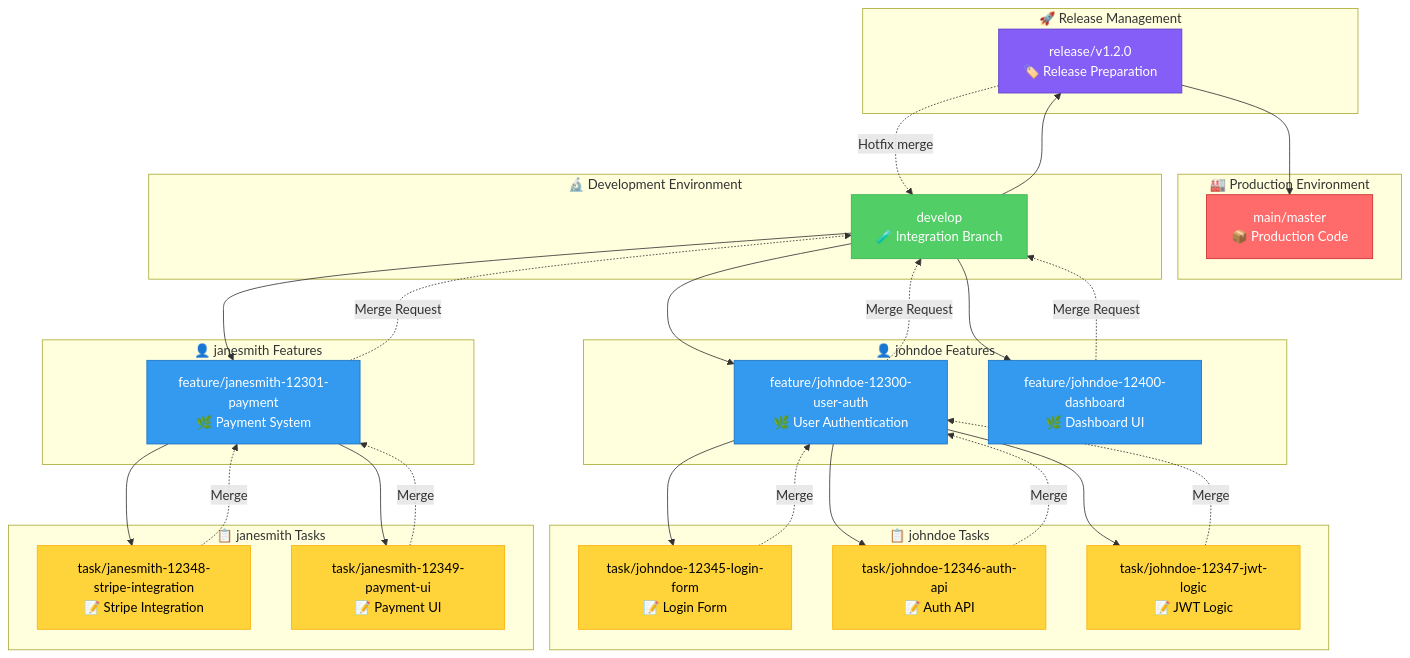
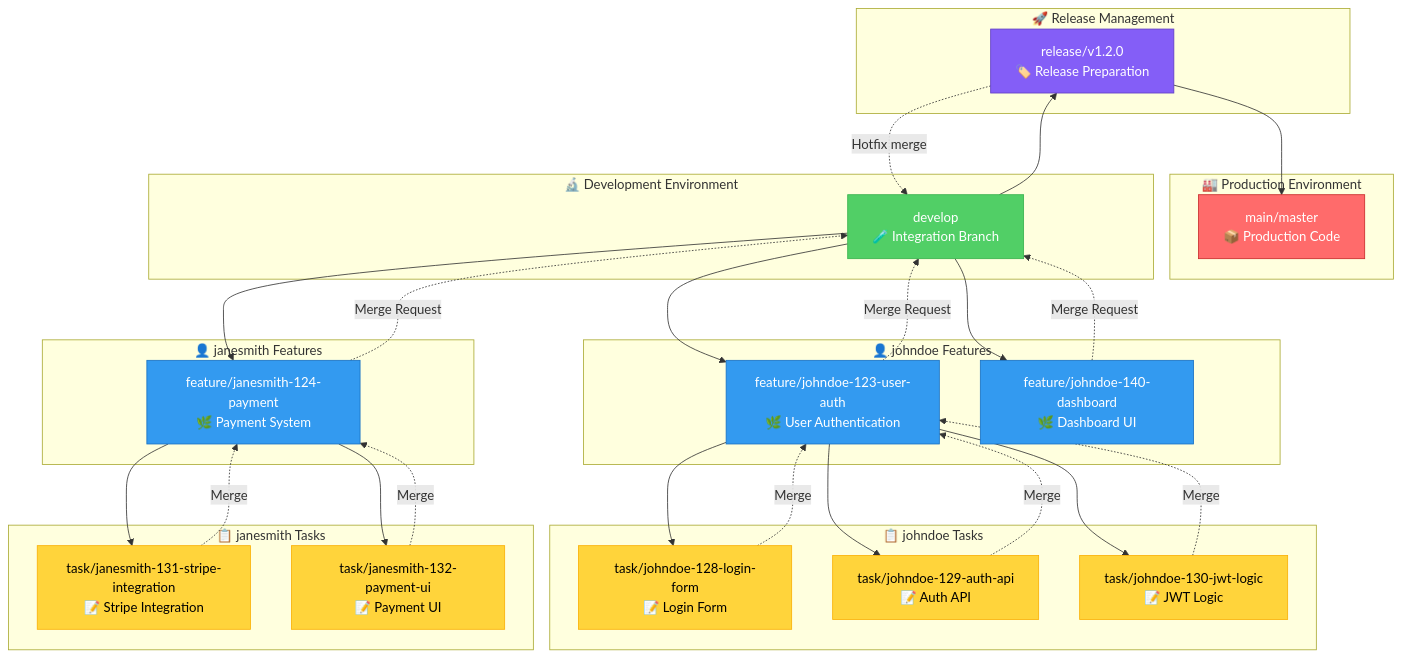
The third of 4 diagrams in docs/GitFlow.md (Marketing-Ai-Viet/mkt-crm), drawn with Mermaid before and after one commit. The commit also changed other lines of this file, not shown here.

````diff
--- a/docs/GitFlow.md
+++ b/docs/GitFlow.md
@@ -490,74 +615,74 @@
 ```mermaid
 graph TB
     subgraph "🏭 Production Environment"
         MAIN[main/master<br/>📦 Production Code]
     end
     
     subgraph "🚀 Release Management"
         REL[release/v1.2.0<br/>🏷️ Release Preparation]
     end
     
     subgraph "🔬 Development Environment"
         DEV[develop<br/>🧪 Integration Branch]
     end
     
     subgraph "👤 johndoe Features"
-        F1[feature/johndoe-12300-user-auth<br/>🌿 User Authentication]
-        F2[feature/johndoe-12400-dashboard<br/>🌿 Dashboard UI]
+        F1[feature/johndoe-123-user-auth<br/>🌿 User Authentication]
+        F2[feature/johndoe-140-dashboard<br/>🌿 Dashboard UI]
     end
     
     subgraph "👤 janesmith Features"
-        F3[feature/janesmith-12301-payment<br/>🌿 Payment System]
+        F3[feature/janesmith-124-payment<br/>🌿 Payment System]
     end
     
     subgraph "📋 johndoe Tasks"
-        T1[task/johndoe-12345-login-form<br/>📝 Login Form]
-        T2[task/johndoe-12346-auth-api<br/>📝 Auth API]
-        T3[task/johndoe-12347-jwt-logic<br/>📝 JWT Logic]
+        T1[task/johndoe-128-login-form<br/>📝 Login Form]
+        T2[task/johndoe-129-auth-api<br/>📝 Auth API]
+        T3[task/johndoe-130-jwt-logic<br/>📝 JWT Logic]
     end
     
     subgraph "📋 janesmith Tasks"
-        T4[task/janesmith-12348-stripe-integration<br/>📝 Stripe Integration]
-        T5[task/janesmith-12349-payment-ui<br/>📝 Payment UI]
+        T4[task/janesmith-131-stripe-integration<br/>📝 Stripe Integration]
+        T5[task/janesmith-132-payment-ui<br/>📝 Payment UI]
     end
     
     %% Flow arrows
     DEV --> F1
     DEV --> F2
     DEV --> F3
     
     F1 --> T1
     F1 --> T2
     F1 --> T3
     
     F3 --> T4
     F3 --> T5
     
     T1 -.->|Merge| F1
     T2 -.->|Merge| F1
     T3 -.->|Merge| F1
     
     T4 -.->|Merge| F3
     T5 -.->|Merge| F3
     
     F1 -.->|Merge Request| DEV
     F2 -.->|Merge Request| DEV
     F3 -.->|Merge Request| DEV
     
     DEV --> REL
     REL --> MAIN
     REL -.->|Hotfix merge| DEV
     
     %% Styling
     classDef mainBranch fill:#ff6b6b,stroke:#c92a2a,color:#fff
     classDef releaseBranch fill:#845ef7,stroke:#5f3dc4,color:#fff
     classDef devBranch fill:#51cf66,stroke:#37b24d,color:#fff
     classDef featureBranch fill:#339af0,stroke:#1971c2,color:#fff
     classDef taskBranch fill:#ffd43b,stroke:#fab005,color:#000
     
     class MAIN mainBranch
     class REL releaseBranch
     class DEV devBranch
     class F1,F2,F3 featureBranch
     class T1,T2,T3,T4,T5 taskBranch
 ```
````
